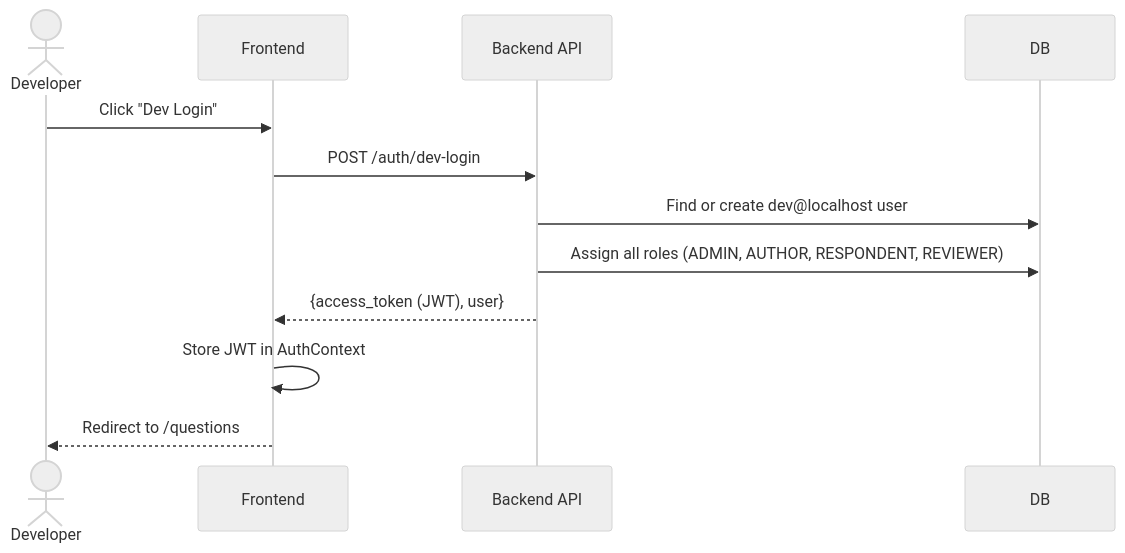
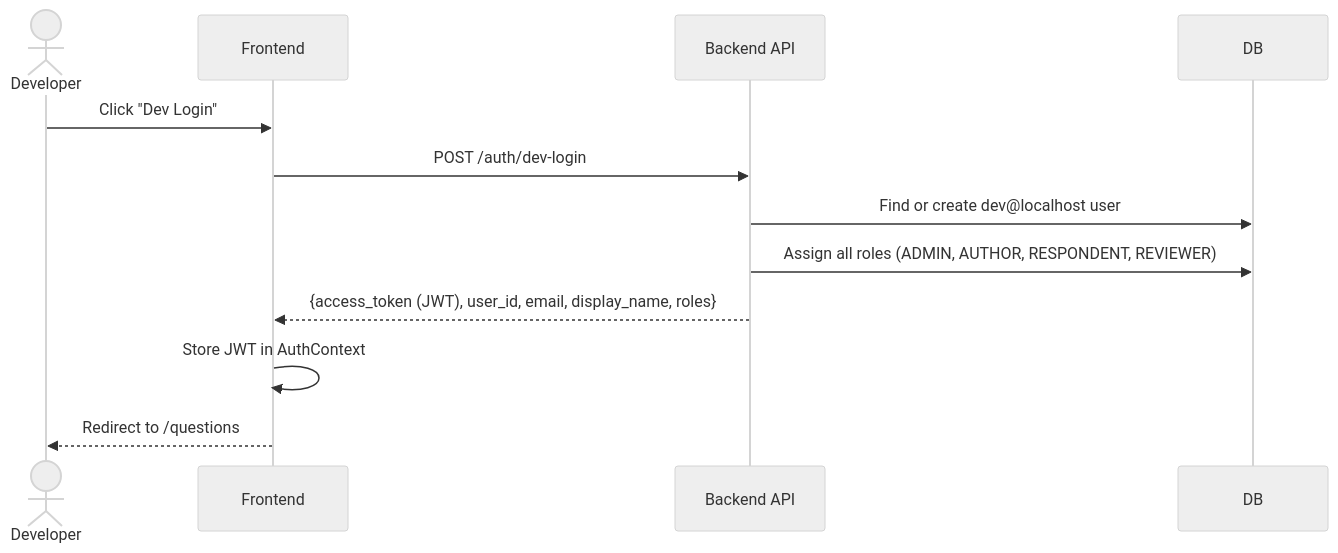
The second of 17 diagrams in docs/sequence-diagrams.md (keytech42/tacit-knowledge-elicitation), drawn with Mermaid (neutral theme) before and after one commit. The commit also changed other lines of this file, not shown here.

First line of the commit message:
Fix sequence diagram inaccuracies and add state machine notes

````diff
--- a/docs/sequence-diagrams.md
+++ b/docs/sequence-diagrams.md
@@ -60,15 +62,15 @@
 ```mermaid
 sequenceDiagram
     actor Dev as Developer
     participant Frontend
     participant Backend as Backend API
     participant DB
 
     Dev->>Frontend: Click "Dev Login"
     Frontend->>Backend: POST /auth/dev-login
     Backend->>DB: Find or create dev@localhost user
     Backend->>DB: Assign all roles (ADMIN, AUTHOR, RESPONDENT, REVIEWER)
-    Backend-->>Frontend: {access_token (JWT), user}
+    Backend-->>Frontend: {access_token (JWT), user_id, email, display_name, roles}
     Frontend->>Frontend: Store JWT in AuthContext
     Frontend-->>Dev: Redirect to /questions
 ```
````
